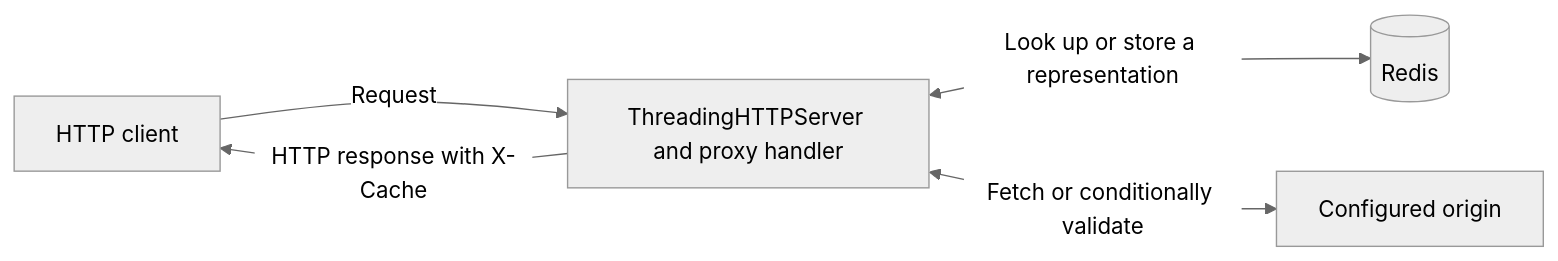
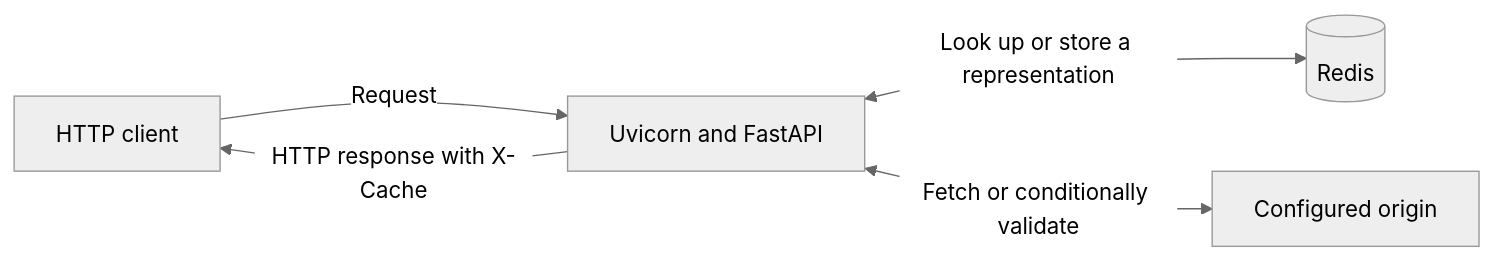
Before and after one commit to atharvsalvi/caching-proxy-server: the diagram in README.md, drawn with Mermaid (neutral theme). The commit also changed other lines of this file and 8 other files, not shown here.

Commit message:
Serve the caching proxy with FastAPI and benchmark both backends

````diff
--- a/README.md
+++ b/README.md
@@ -59,7 +64,7 @@
 ```mermaid
 flowchart LR
-    C[HTTP client] -->|Request| P[ThreadingHTTPServer and proxy handler]
+    C[HTTP client] -->|Request| P[Uvicorn and FastAPI]
     P <-->|Look up or store a representation| R[(Redis)]
     P <-->|Fetch or conditionally validate| O[Configured origin]
     P -->|HTTP response with X-Cache| C
 ```
````
